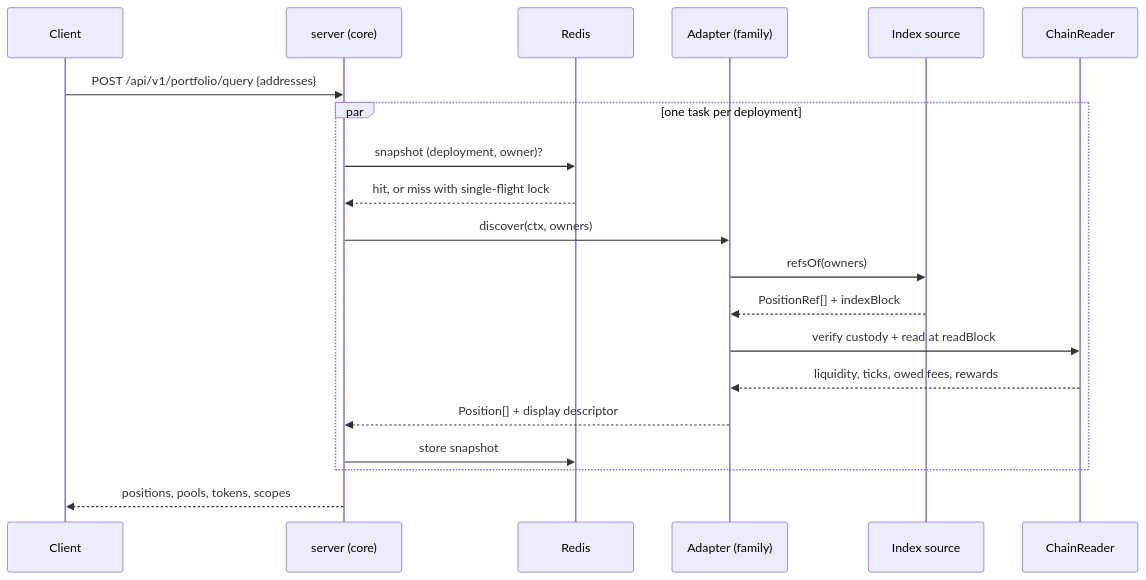
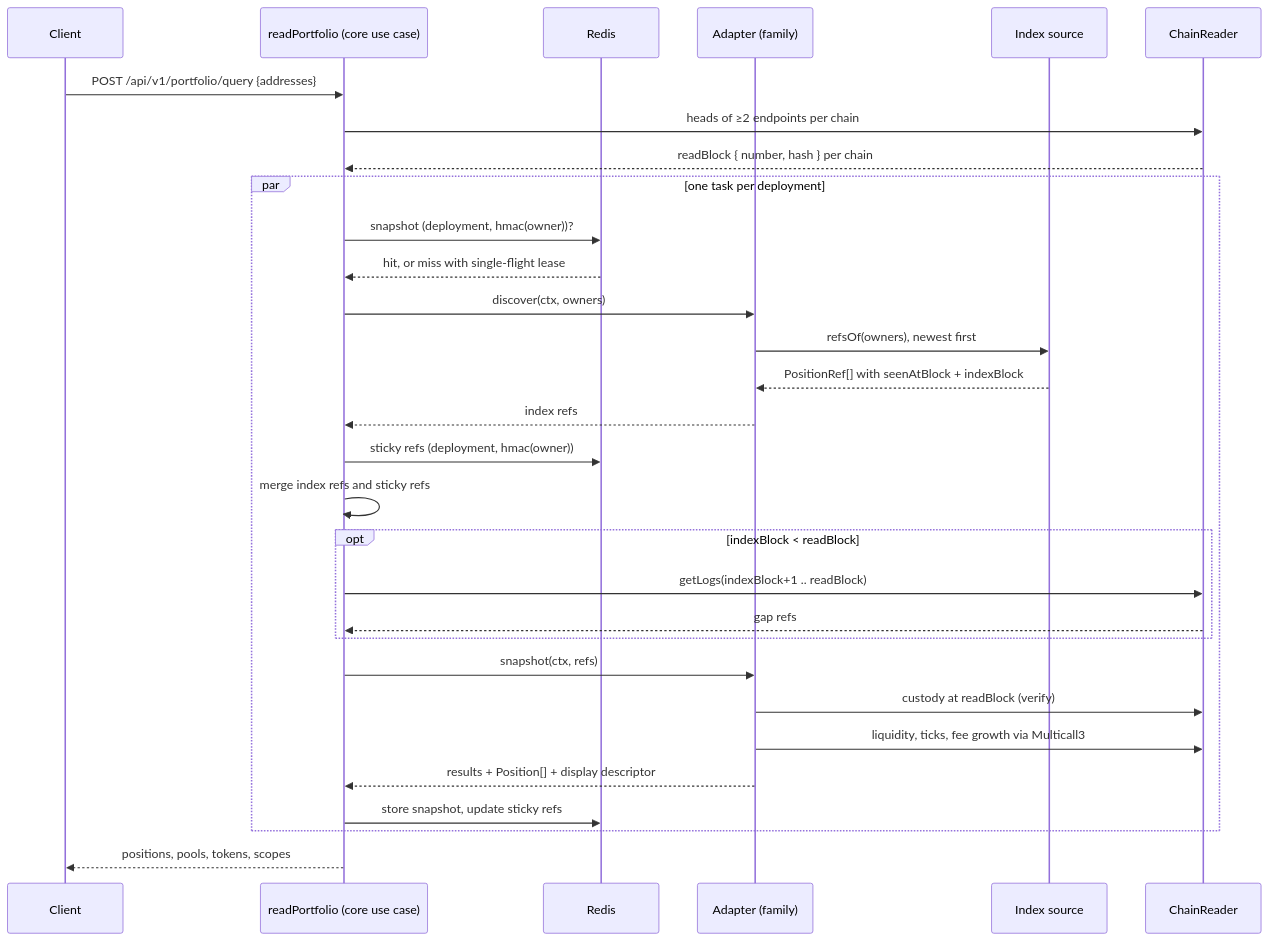
One commit to maksim-romanov/lptracker-app changed the third of 3 diagrams in docs/architecture.md. Above: the diagram before and after it, drawn with Mermaid. The commit also changed other lines of this file and 50 other files, not shown here.

First line of the commit message:
docs: align architecture, data rule, design book and M0 spec

````diff
--- a/docs/architecture.md
+++ b/docs/architecture.md
@@ -73,22 +75,32 @@
 ```mermaid
 sequenceDiagram
   participant C as Client
-  participant S as server (core)
+  participant U as readPortfolio (core use case)
   participant R as Redis
   participant A as Adapter (family)
   participant I as Index source
   participant Ch as ChainReader
-  C->>S: POST /api/v1/portfolio/query {addresses}
+  C->>U: POST /api/v1/portfolio/query {addresses}
+  U->>Ch: heads of ≥2 endpoints per chain
+  Ch-->>U: readBlock { number, hash } per chain
   par one task per deployment
-    S->>R: snapshot (deployment, owner)?
-    R-->>S: hit, or miss with single-flight lock
-    S->>A: discover(ctx, owners)
-    A->>I: refsOf(owners)
-    I-->>A: PositionRef[] + indexBlock
-    A->>Ch: verify custody + read at readBlock
-    Ch-->>A: liquidity, ticks, owed fees, rewards
-    A-->>S: Position[] + display descriptor
-    S->>R: store snapshot
+    U->>R: snapshot (deployment, hmac(owner))?
+    R-->>U: hit, or miss with single-flight lease
+    U->>A: discover(ctx, owners)
+    A->>I: refsOf(owners), newest first
+    I-->>A: PositionRef[] with seenAtBlock + indexBlock
+    A-->>U: index refs
+    U->>R: sticky refs (deployment, hmac(owner))
+    U->>U: merge index refs and sticky refs
+    opt indexBlock < readBlock
+      U->>Ch: getLogs(indexBlock+1 .. readBlock)
+      Ch-->>U: gap refs
+    end
+    U->>A: snapshot(ctx, refs)
+    A->>Ch: custody at readBlock (verify)
+    A->>Ch: liquidity, ticks, fee growth via Multicall3
+    A-->>U: results + Position[] + display descriptor
+    U->>R: store snapshot, update sticky refs
   end
-  S-->>C: positions, pools, tokens, scopes
+  U-->>C: positions, pools, tokens, scopes
 ```
````
